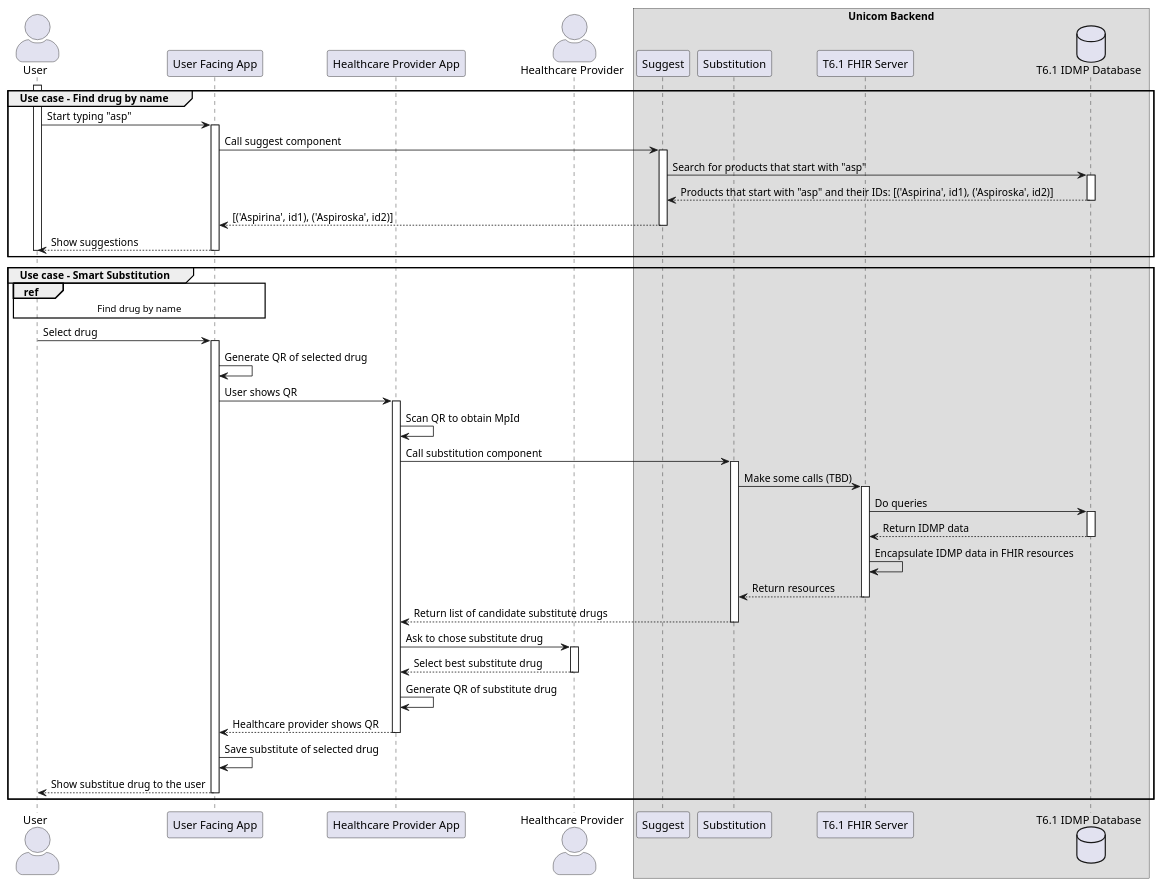
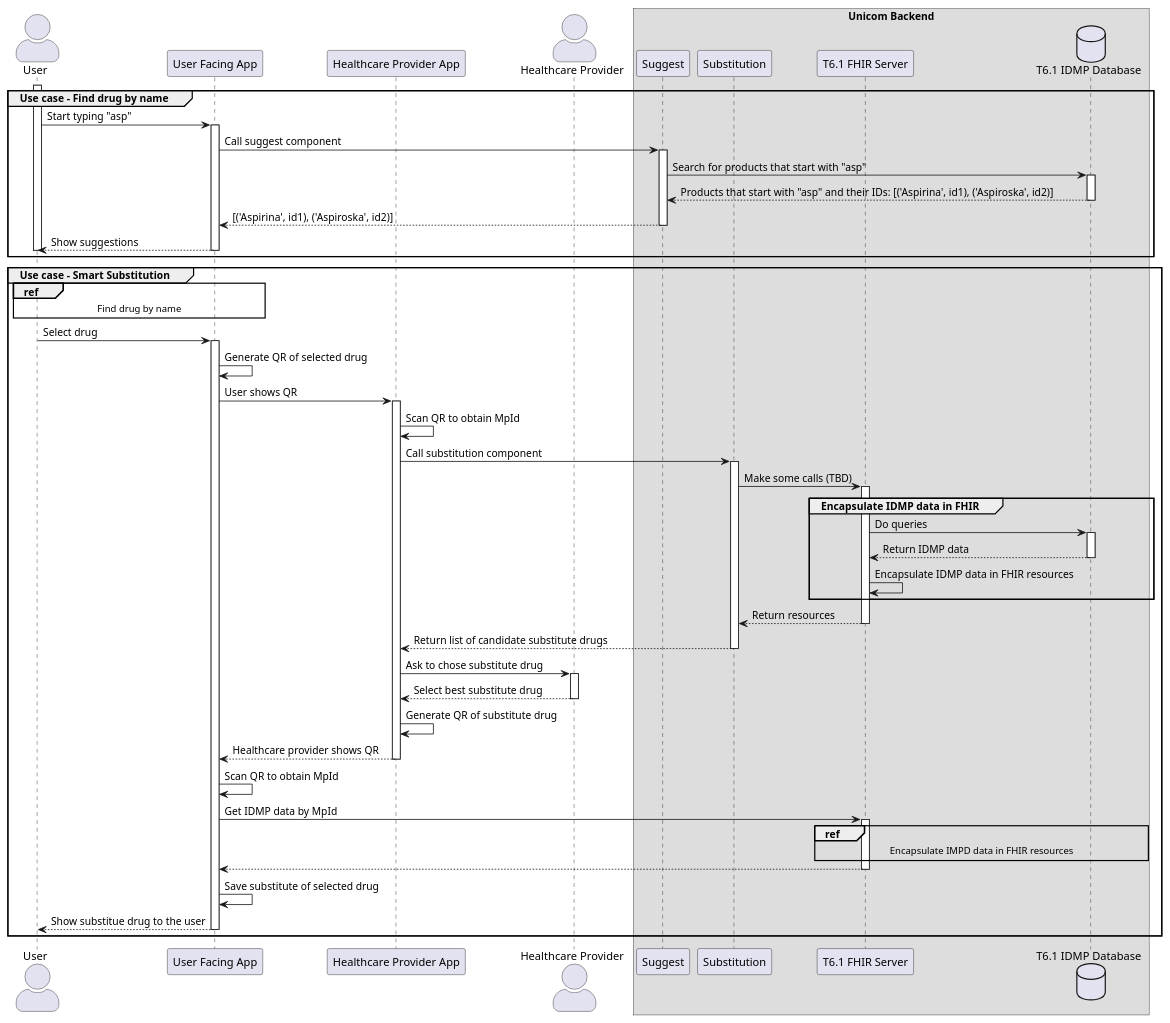
The diagram in uml/sequence/sequence.puml (unicom-project-eu/wp6-db-api), drawn with PlantUML before and after one commit.

Commit message:
Added Get IDMP data by MpId

```diff
--- a/uml/sequence/sequence.puml
+++ b/uml/sequence/sequence.puml
@@ -1,85 +1,94 @@
 @startuml
 skinparam actorStyle awesome
 
 actor User as user
 
 participant "User Facing App" as user_app
 
 participant "Healthcare Provider App" as provider_app
  
 actor "Healthcare Provider" as provider
 
 box "Unicom Backend"
     participant "Suggest" as suggest
     participant "Substitution" as substitution
     participant "T6.1 FHIR Server" as fhir
     database "T6.1 IDMP Database" as db
 end box
 
 group Use case - Find drug by name
     activate user
         user -> user_app : Start typing "asp"
         
         activate user_app
             user_app -> suggest : Call suggest component
 
             activate suggest
                 suggest -> db : Search for products that start with "asp"
 
                 activate db
                     db --> suggest : Products that start with "asp" and their IDs: [('Aspirina', id1), ('Aspiroska', id2)]
                 deactivate db
 
                 suggest --> user_app : [('Aspirina', id1), ('Aspiroska', id2)]
             deactivate suggest
 
         user_app --> user : Show suggestions 
         deactivate user_app
     deactivate user
 end
 
 group Use case - Smart Substitution
     activate user
     ref over user, user_app : Find drug by name 
     user -> user_app : Select drug
         activate user_app
             user_app -> user_app : Generate QR of selected drug
             user_app -> provider_app : User shows QR
 
             activate provider_app
                 provider_app -> provider_app : Scan QR to obtain MpId
                 provider_app -> substitution : Call substitution component
                                 
                 activate substitution
                     substitution -> fhir : Make some calls (TBD)
 
                     activate fhir
-                        fhir -> db : Do queries
-                        activate db
-                            db --> fhir : Return IDMP data
-                        deactivate db
-
-                        fhir -> fhir : Encapsulate IDMP data in FHIR resources
-
+                        group Encapsulate IDMP data in FHIR
+                            fhir -> db : Do queries
+                            activate db
+                                db --> fhir : Return IDMP data
+                            deactivate db
+                        
+                            fhir -> fhir : Encapsulate IDMP data in FHIR resources
+                        end
                         fhir --> substitution : Return resources
                     deactivate fhir
 
                     substitution --> provider_app : Return list of candidate substitute drugs
                 deactivate substitution
 
                 provider_app -> provider : Ask to chose substitute drug
                 activate provider
                     provider --> provider_app : Select best substitute drug
                 deactivate provider
 
                 provider_app -> provider_app : Generate QR of substitute drug
                 provider_app --> user_app : Healthcare provider shows QR
             deactivate provider_app
 
+            user_app -> user_app : Scan QR to obtain MpId
+            
+            user_app -> fhir : Get IDMP data by MpId
+            activate fhir
+                ref over fhir, db : Encapsulate IMPD data in FHIR resources
+                fhir --> user_app
+            deactivate fhir 
+
             user_app -> user_app : Save substitute of selected drug
             user_app --> user : Show substitue drug to the user
         deactivate user_app
     deactivate user
 end
 
 @enduml
```
